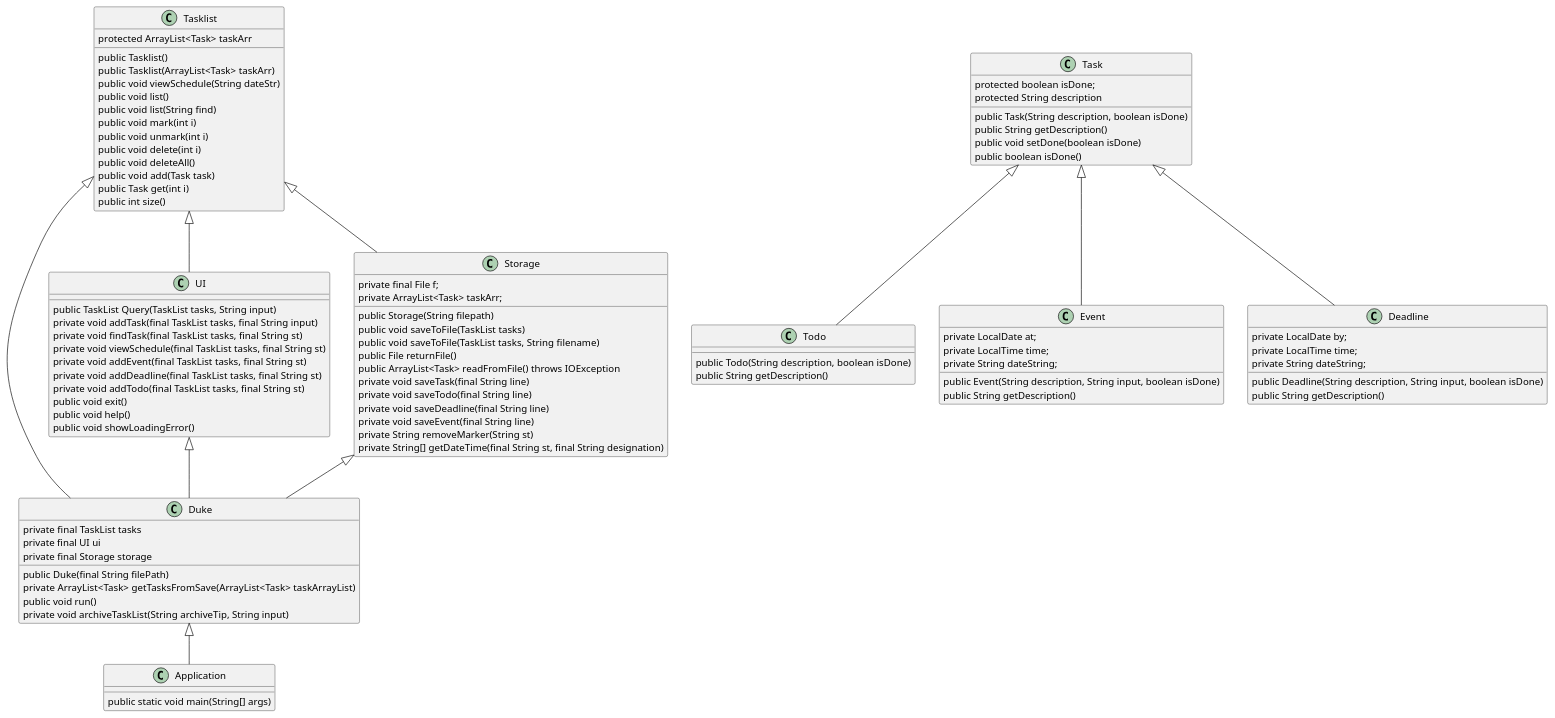
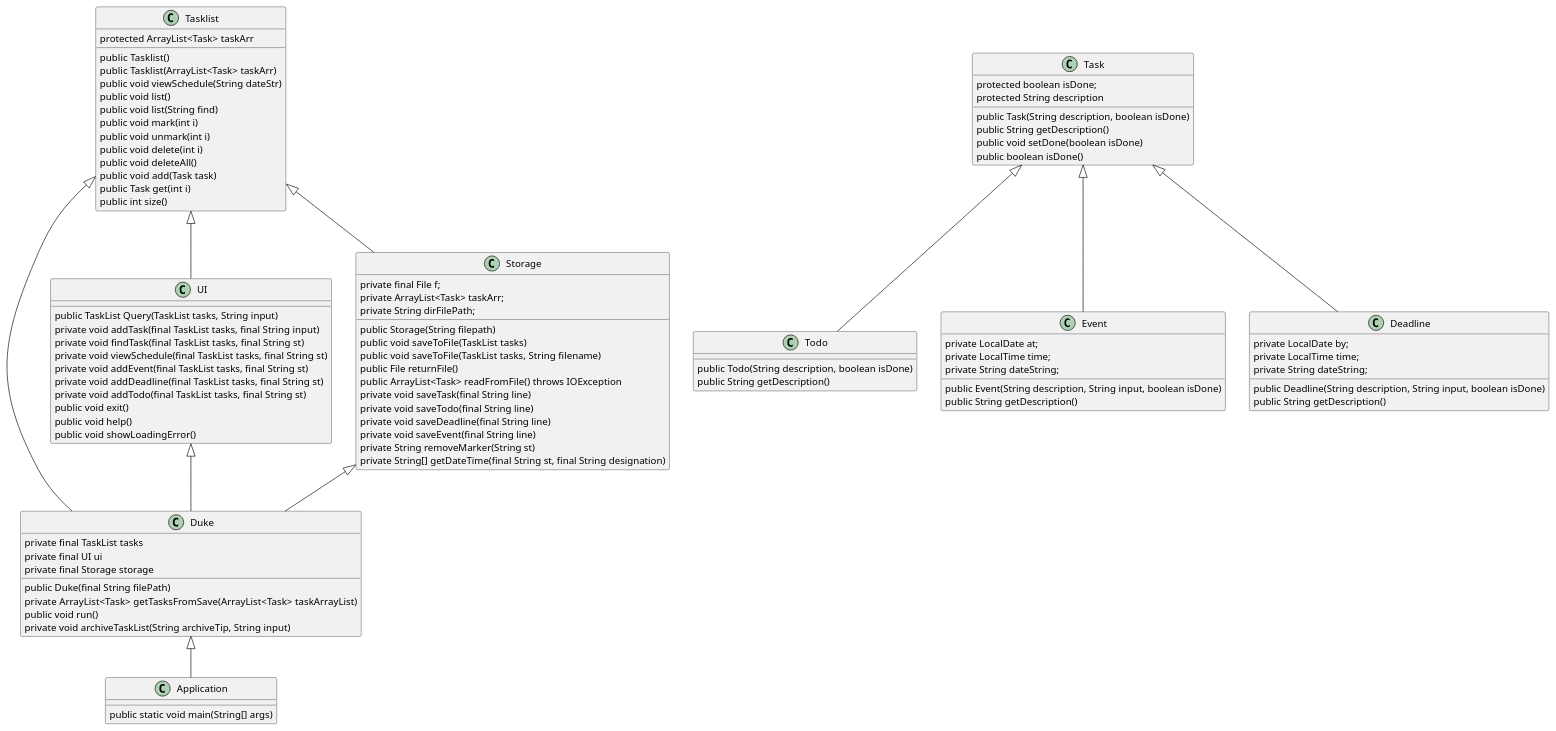
Before and after one commit to nus-tic2002-2022/ip: the diagram in src/main/java/uml.puml, drawn with PlantUML. The commit also changed 4 other files, not shown here.

```diff
--- a/src/main/java/uml.puml
+++ b/src/main/java/uml.puml
@@ -1,101 +1,102 @@
 @startuml
 'https://plantuml.com/class-diagram
 
 Duke <|-- Application
 UI <|-- Duke
 Tasklist <|-- Duke
 Storage <|-- Duke
 Tasklist <|-- Storage
 Tasklist <|-- UI
 
 class Application {
     public static void main(String[] args)
 }
 
 class Duke {
     private final TaskList tasks
     private final UI ui
     private final Storage storage
     public Duke(final String filePath)
     private ArrayList<Task> getTasksFromSave(ArrayList<Task> taskArrayList)
     public void run()
     private void archiveTaskList(String archiveTip, String input)
 }
 
 class Tasklist {
     protected ArrayList<Task> taskArr
     public Tasklist()
     public Tasklist(ArrayList<Task> taskArr)
     public void viewSchedule(String dateStr)
     public void list()
     public void list(String find)
     public void mark(int i)
     public void unmark(int i)
     public void delete(int i)
     public void deleteAll()
     public void add(Task task)
     public Task get(int i)
     public int size()
 }
 
 class Storage {
     private final File f;
     private ArrayList<Task> taskArr;
+    private String dirFilePath;
     public Storage(String filepath)
     public void saveToFile(TaskList tasks)
     public void saveToFile(TaskList tasks, String filename)
     public File returnFile()
     public ArrayList<Task> readFromFile() throws IOException
     private void saveTask(final String line)
     private void saveTodo(final String line)
     private void saveDeadline(final String line)
     private void saveEvent(final String line)
     private String removeMarker(String st)
     private String[] getDateTime(final String st, final String designation)
 }
 
 class UI {
     public TaskList Query(TaskList tasks, String input)
     private void addTask(final TaskList tasks, final String input)
     private void findTask(final TaskList tasks, final String st)
     private void viewSchedule(final TaskList tasks, final String st)
     private void addEvent(final TaskList tasks, final String st)
     private void addDeadline(final TaskList tasks, final String st)
     private void addTodo(final TaskList tasks, final String st)
     public void exit()
     public void help()
     public void showLoadingError()
 }
 
 class Task {
     protected boolean isDone;
     protected String description
     public Task(String description, boolean isDone)
     public String getDescription()
     public void setDone(boolean isDone)
     public boolean isDone()
 }
 
 class Todo extends Task {
     public Todo(String description, boolean isDone)
     public String getDescription()
  }
 
 class Event extends Task{
     private LocalDate at;
     private LocalTime time;
     private String dateString;
     public Event(String description, String input, boolean isDone)
     public String getDescription()
  }
 
  class Deadline extends Task{
      private LocalDate by;
      private LocalTime time;
      private String dateString;
      public Deadline(String description, String input, boolean isDone)
      public String getDescription()
  }
 
 
 @enduml
```
